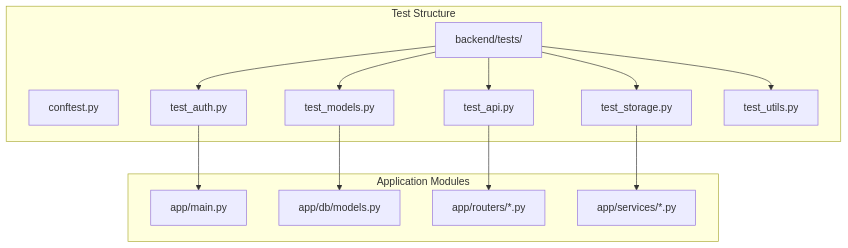
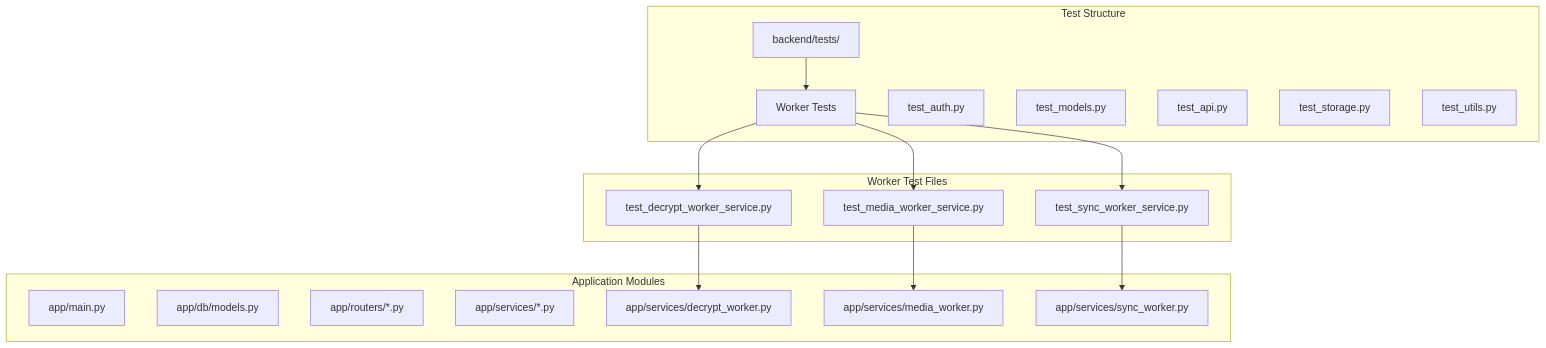
Before and after one commit to zuohaisu/wecom-archive: the first of 8 diagrams in .qoder/repowiki/en/content/Testing & Quality Assurance/Unit Testing.md, drawn with Mermaid. The commit also changed other lines of this file and 90 other files, not shown here.

````diff
--- a/.qoder/repowiki/en/content/Testing & Quality Assurance/Unit Testing.md
+++ b/.qoder/repowiki/en/content/Testing & Quality Assurance/Unit Testing.md
@@ -36,27 +48,33 @@
 ```mermaid
 graph TB
 subgraph "Test Structure"
 tests_dir["backend/tests/"]
-conftest["conftest.py"]
+test_workers["Worker Tests"]
 test_auth["test_auth.py"]
 test_models["test_models.py"]
 test_api["test_api.py"]
 test_storage["test_storage.py"]
 test_utils["test_utils.py"]
 end
+subgraph "Worker Test Files"
+test_decrypt["test_decrypt_worker_service.py"]
+test_media["test_media_worker_service.py"]
+test_sync["test_sync_worker_service.py"]
+end
 subgraph "Application Modules"
 app_main["app/main.py"]
 app_db["app/db/models.py"]
 app_routers["app/routers/*.py"]
 app_services["app/services/*.py"]
+app_decrypt["app/services/decrypt_worker.py"]
+app_media["app/services/media_worker.py"]
+app_sync["app/services/sync_worker.py"]
 end
-tests_dir --> test_auth
-tests_dir --> test_models
-tests_dir --> test_api
-tests_dir --> test_storage
-tests_dir --> test_utils
-test_auth --> app_main
-test_models --> app_db
-test_api --> app_routers
-test_storage --> app_services
+tests_dir --> test_workers
+test_workers --> test_decrypt
+test_workers --> test_media
+test_workers --> test_sync
+test_decrypt --> app_decrypt
+test_media --> app_media
+test_sync --> app_sync
 ```
````
